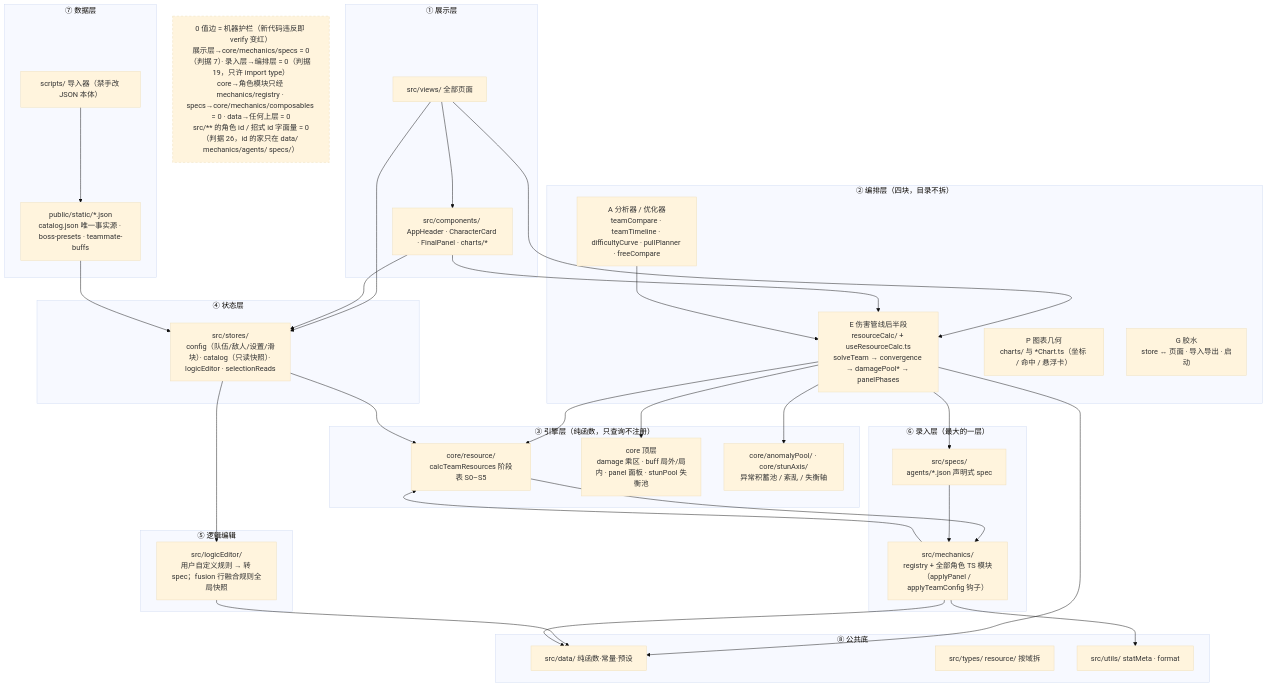
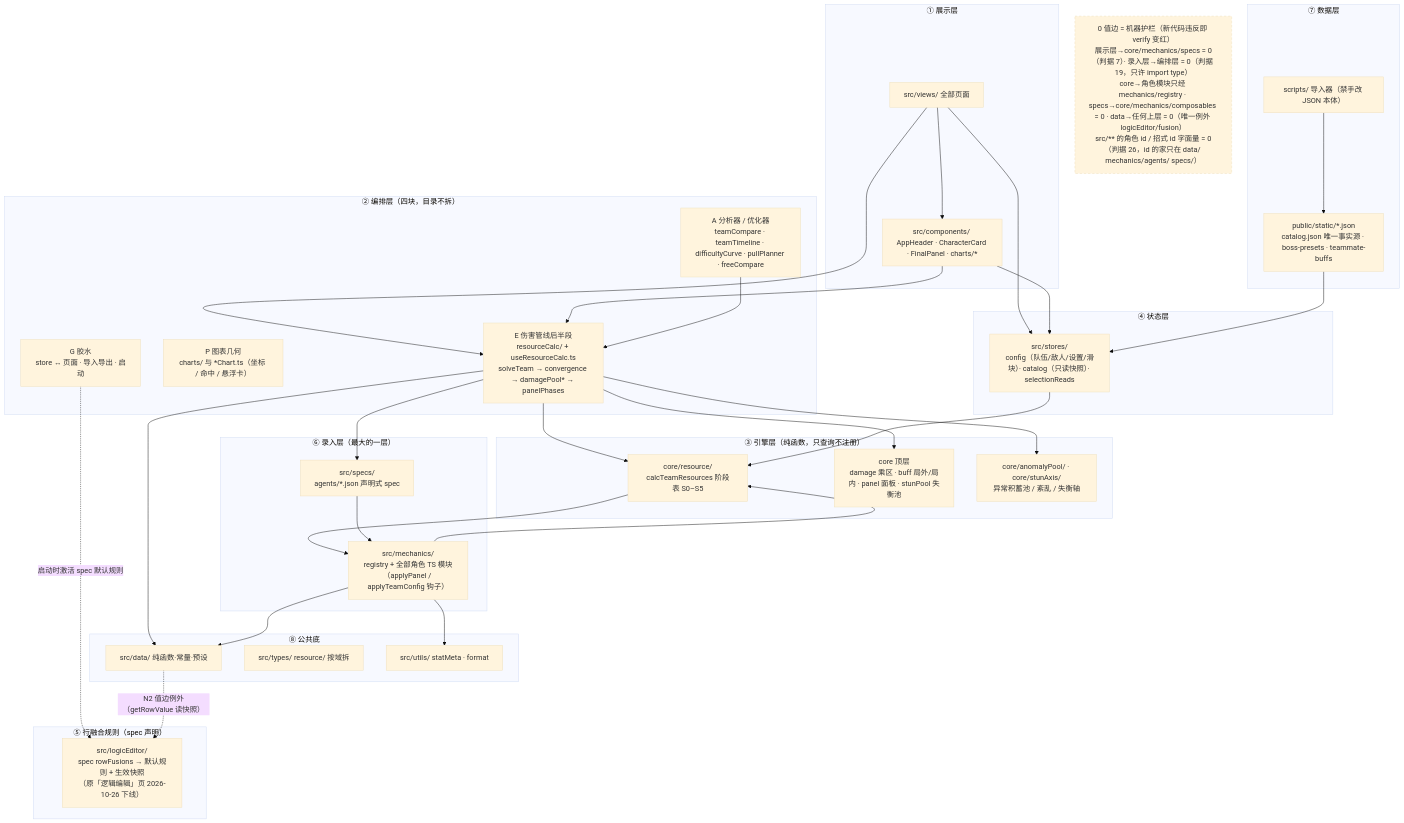
Before and after one commit to kaua5678/zzz-da-reckon: the first of 4 diagrams in docs/ARCHITECTURE.md, drawn with Mermaid (base theme). The commit also changed other lines of this file and 46 other files, not shown here.

````diff
--- a/docs/ARCHITECTURE.md
+++ b/docs/ARCHITECTURE.md
@@ -10,63 +10,63 @@
 ```mermaid
 flowchart TD
     subgraph L1["① 展示层"]
         V["src/views/ 全部页面"]
         C["src/components/ AppHeader · CharacterCard · FinalPanel · charts/*"]
     end
     subgraph L2["② 编排层（四块，目录不拆）"]
         E["E 伤害管线后半段<br>resourceCalc/ + useResourceCalc.ts<br>solveTeam → convergence → damagePool* → panelPhases"]
         A["A 分析器 / 优化器<br>teamCompare · teamTimeline · difficultyCurve · pullPlanner · freeCompare"]
         P["P 图表几何<br>charts/ 与 *Chart.ts（坐标 / 命中 / 悬浮卡）"]
         G["G 胶水<br>store ↔ 页面 · 导入导出 · 启动"]
     end
     subgraph L3["③ 引擎层（纯函数，只查询不注册）"]
         R["core/resource/<br>calcTeamResources 阶段表 S0–S5"]
         DT3["core 顶层<br>damage 乘区 · buff 局外/局内 · panel 面板 · stunPool 失衡池"]
         NT["core/anomalyPool/ · core/stunAxis/<br>异常积蓄池 / 紊乱 / 失衡轴"]
     end
     subgraph L4["④ 状态层"]
-        S["src/stores/<br>config（队伍/敌人/设置/滑块）· catalog（只读快照）· logicEditor · selectionReads"]
+        S["src/stores/<br>config（队伍/敌人/设置/滑块）· catalog（只读快照）· selectionReads"]
     end
-    subgraph L5["⑤ 逻辑编辑"]
-        LE["src/logicEditor/<br>用户自定义规则 → 转 spec；fusion 行融合规则全局快照"]
+    subgraph L5["⑤ 行融合规则（spec 声明）"]
+        LE["src/logicEditor/<br>spec rowFusions → 默认规则 + 生效快照<br>（原「逻辑编辑」页 2026-10-26 下线）"]
     end
     subgraph L6["⑥ 录入层（最大的一层）"]
         SP["src/specs/<br>agents/*.json 声明式 spec"]
         ME["src/mechanics/<br>registry + 全部角色 TS 模块（applyPanel / applyTeamConfig 钩子）"]
     end
     subgraph L7["⑦ 数据层"]
         J["public/static/*.json<br>catalog.json 唯一事实源 · boss-presets · teammate-buffs"]
         SC["scripts/ 导入器（禁手改 JSON 本体）"]
     end
     subgraph L8["⑧ 公共底"]
         D8["src/data/ 纯函数·常量·预设"]
         T8["src/types/ resource/ 按域拆"]
         U8["src/utils/ statMeta · format"]
     end
 
     V --> E
     V --> S
     V --> C
     C --> E
     C --> S
     E --> R
     E --> DT3
     E --> NT
     E --> SP
     E --> D8
     A --> E
     S --> R
-    S --> LE
-    LE --> D8
+    G -.->|启动时激活 spec 默认规则| LE
+    D8 -.->|N2 值边例外（getRowValue 读快照）| LE
     R --> ME
     SP --> ME
     ME --> R
     ME --> D8
     ME --> U8
     SC --> J
     J --> S
 
-    X0["0 值边 = 机器护栏（新代码违反即 verify 变红）<br>展示层→core/mechanics/specs = 0（判据 7）· 录入层→编排层 = 0（判据 19，只许 import type）<br>core→角色模块只经 mechanics/registry · specs→core/mechanics/composables = 0 · data→任何上层 = 0<br>src/** 的角色 id / 招式 id 字面量 = 0（判据 26，id 的家只在 data/ mechanics/agents/ specs/）"]
+    X0["0 值边 = 机器护栏（新代码违反即 verify 变红）<br>展示层→core/mechanics/specs = 0（判据 7）· 录入层→编排层 = 0（判据 19，只许 import type）<br>core→角色模块只经 mechanics/registry · specs→core/mechanics/composables = 0 · data→任何上层 = 0（唯一例外 logicEditor/fusion）<br>src/** 的角色 id / 招式 id 字面量 = 0（判据 26，id 的家只在 data/ mechanics/agents/ specs/）"]
     classDef guard stroke-dasharray:5 4,stroke-width:1px
     class X0 guard
 ```
````
